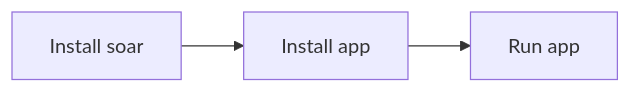
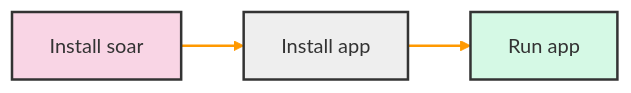
Before and after one commit to neotechclub/w3-foss-slides: the diagram in README.md, drawn with Mermaid. The commit also changed other lines of this file, not shown here.

Commit message:
Update use graph

````diff
--- a/README.md
+++ b/README.md
@@ -108,4 +108,15 @@
 ```mermaid
 graph LR
     A[Install soar] --> B[Install app] --> C[Run app]
+    style A fill:#f9d5e5,stroke:#333,stroke-width:2px
+    style B fill:#eeeeee,stroke:#333,stroke-width:2px
+    style C fill:#d5f9e5,stroke:#333,stroke-width:2px
+    linkStyle 0 stroke:#ff9900,stroke-width:2px
+    linkStyle 1 stroke:#ff9900,stroke-width:2px
+
+
+
+
+
+
 ```
````
